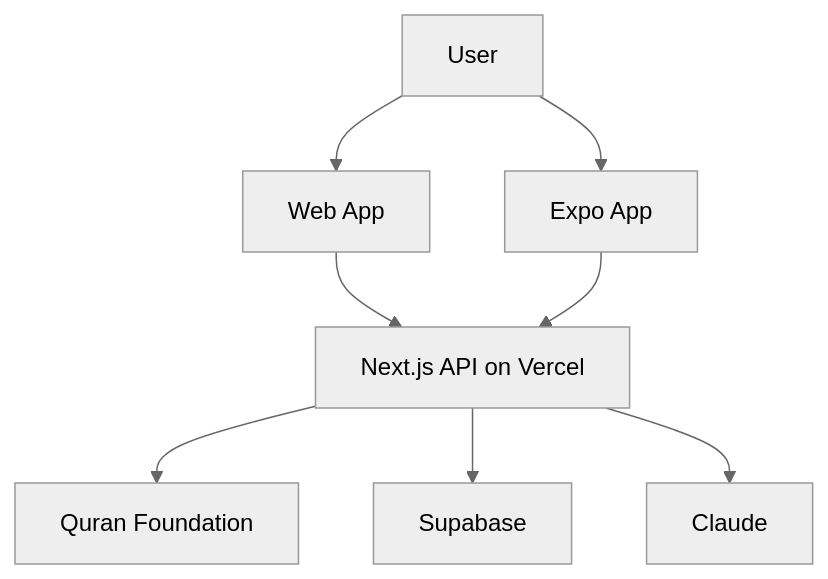
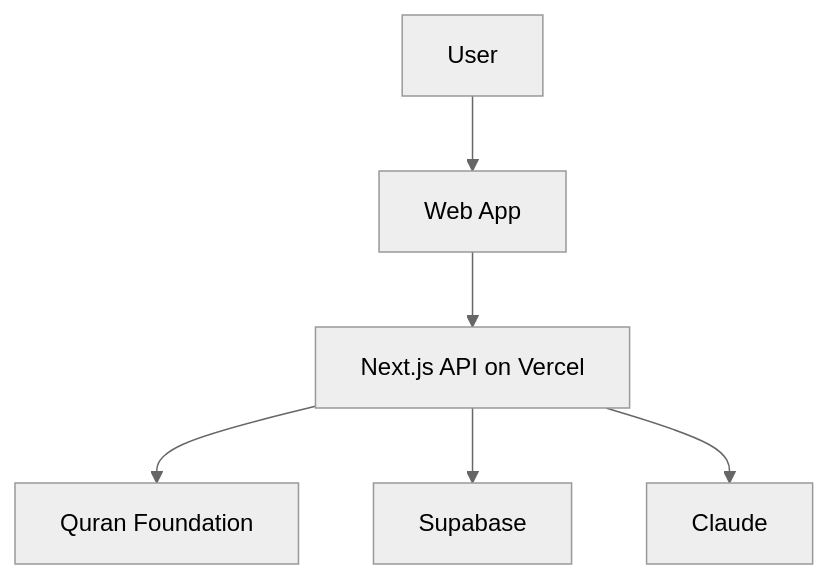
The diagram in README.md (Mohammed-Altaf-01/Qalb), drawn with Mermaid (neutral theme) before and after one commit. The commit also changed other lines of this file, not shown here.

````diff
--- a/README.md
+++ b/README.md
@@ -194,18 +160,15 @@
 ```mermaid
 flowchart TB
   User[User]
   Web[Web App]
-  Mobile[Expo App]
   Next[Next.js API on Vercel]
   QF[Quran Foundation]
   SB[Supabase]
   AI[Claude]
 
   User --> Web
-  User --> Mobile
   Web --> Next
-  Mobile --> Next
   Next --> QF
   Next --> SB
   Next --> AI
 ```
````
